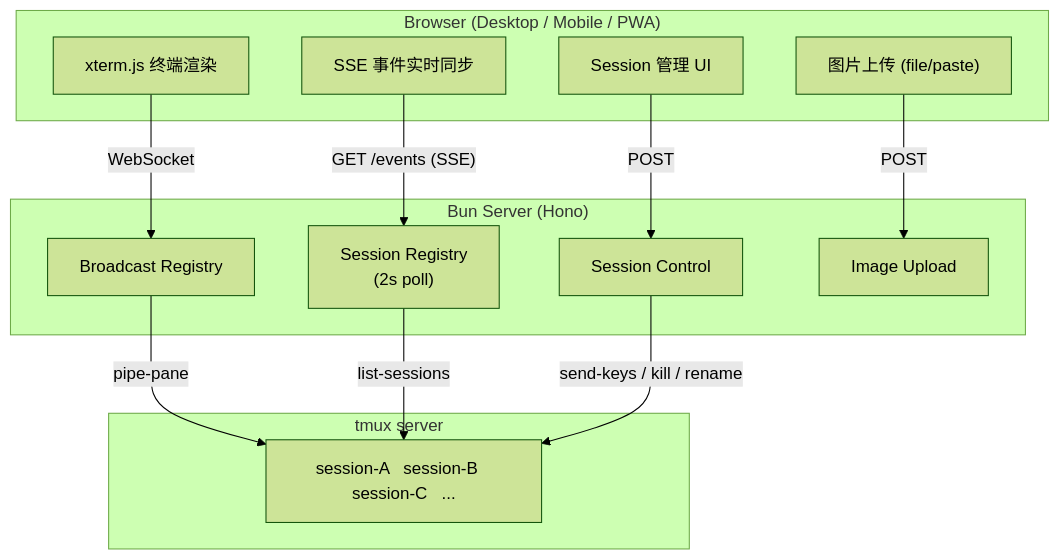
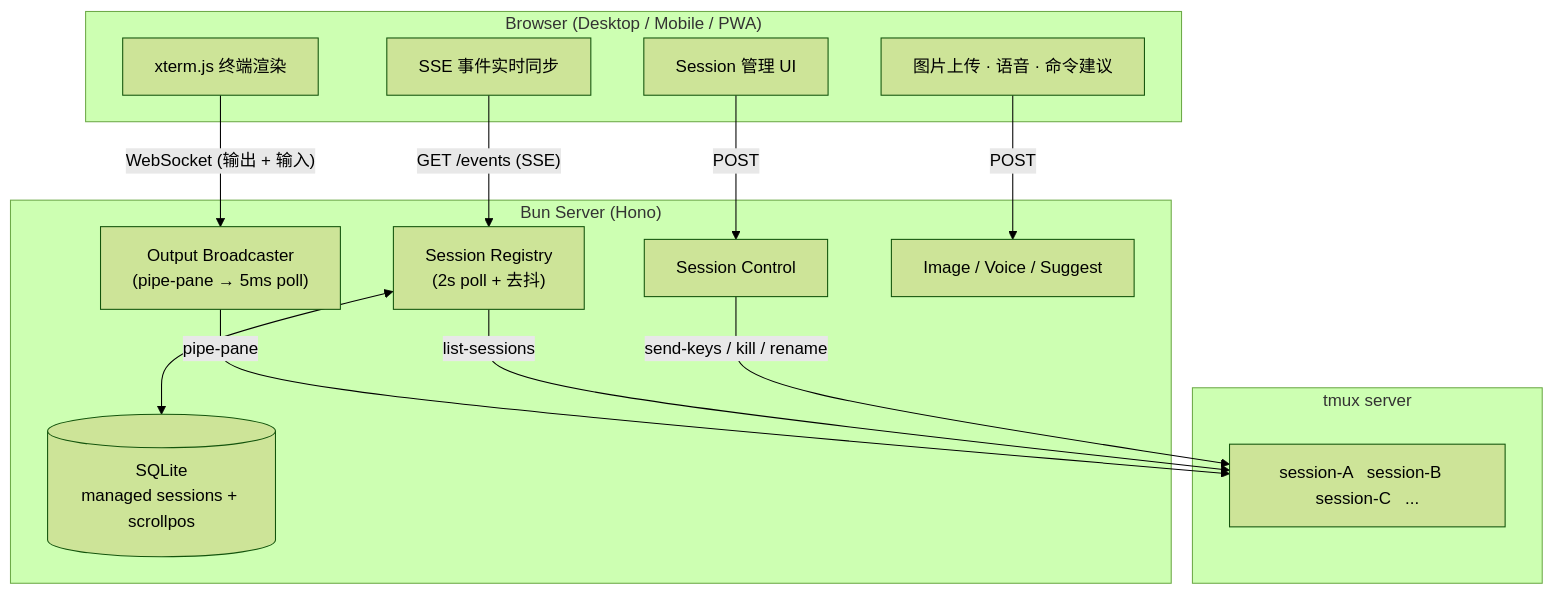
One commit to Dandi007/tmux-hub changed the diagram in README.md. Above: the diagram before and after it, drawn with Mermaid (forest theme). The commit also changed other lines of this file and 2 other files, not shown here.

Commit message:
docs: 架构文档刷新——新增 docs/architecture.md + README 对齐当前态 (#95)

````diff
--- a/README.md
+++ b/README.md
@@ -51,29 +57,31 @@
 ```mermaid
 graph TD
   subgraph Browser["Browser (Desktop / Mobile / PWA)"]
     XTERM["xterm.js 终端渲染"]
     SSE_CLIENT["SSE 事件实时同步"]
     SESSION_UI["Session 管理 UI"]
-    IMG_UI["图片上传 (file/paste)"]
+    EXTRA_UI["图片上传 · 语音 · 命令建议"]
   end
 
   subgraph Server["Bun Server (Hono)"]
-    BROADCASTER["Broadcast Registry"]
-    REGISTRY["Session Registry\n(2s poll)"]
+    BROADCASTER["Output Broadcaster\n(pipe-pane → 5ms poll)"]
+    REGISTRY["Session Registry\n(2s poll + 去抖)"]
     CONTROL["Session Control"]
-    IMG_UPLOAD["Image Upload"]
+    FEATURES["Image / Voice / Suggest"]
+    DB[("SQLite\nmanaged sessions + scrollpos")]
   end
 
   subgraph TMUX["tmux server"]
     SESSIONS["session-A &nbsp; session-B &nbsp; session-C &nbsp; ..."]
   end
 
-  XTERM -- "WebSocket" --> BROADCASTER
+  XTERM -- "WebSocket (输出 + 输入)" --> BROADCASTER
   SSE_CLIENT -- "GET /events (SSE)" --> REGISTRY
   SESSION_UI -- "POST" --> CONTROL
-  IMG_UI -- "POST" --> IMG_UPLOAD
+  EXTRA_UI -- "POST" --> FEATURES
 
+  REGISTRY <--> DB
   BROADCASTER -- "pipe-pane" --> SESSIONS
   REGISTRY -- "list-sessions" --> SESSIONS
   CONTROL -- "send-keys / kill / rename" --> SESSIONS
 ```
````
